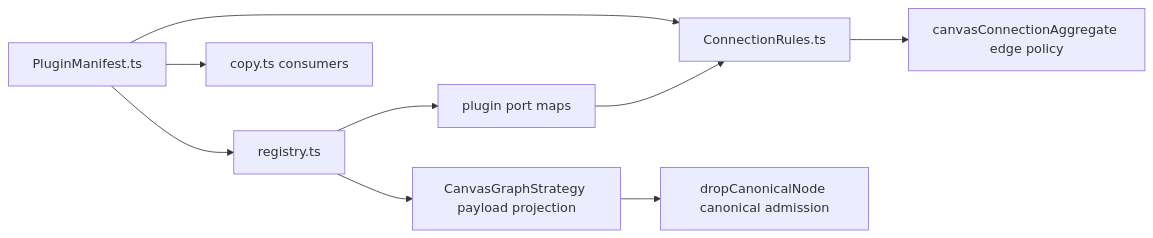
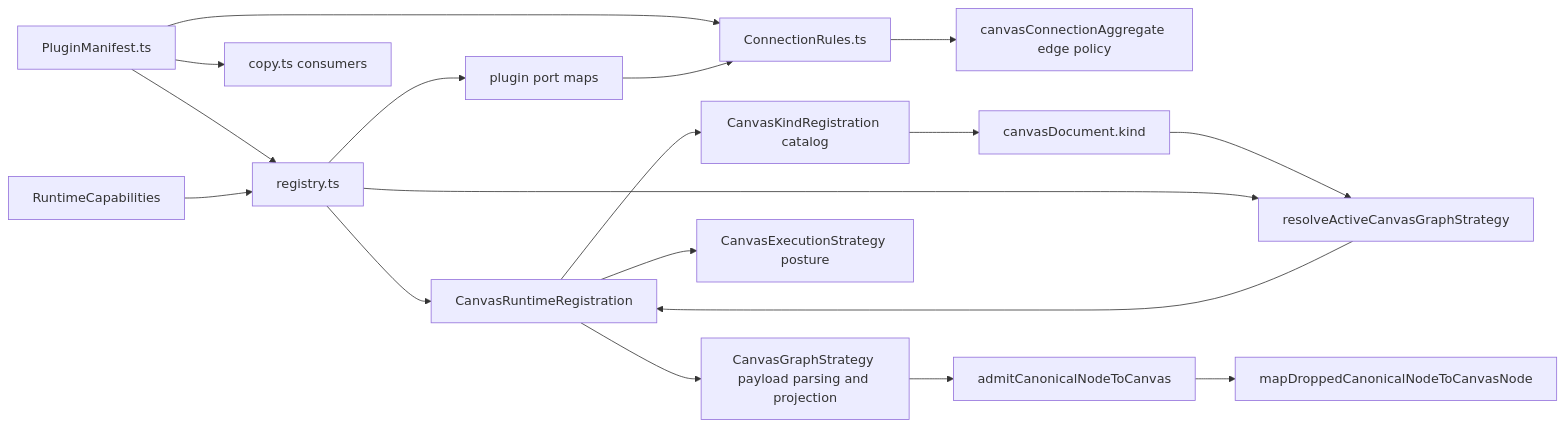
Before and after one commit to dunay2/dvt: the third of 8 diagrams in docs/architecture/components/web/graph/graph-frontend-architecture.md, drawn with Mermaid. The commit also changed other lines of this file and 110 other files, not shown here.

First line of the commit message:
fix(web): Complete Canvas Fowler runtime policy hardening (#1032)

````diff
--- a/docs/architecture/components/web/graph/graph-frontend-architecture.md
+++ b/docs/architecture/components/web/graph/graph-frontend-architecture.md
@@ -170,11 +225,20 @@
 ```mermaid
 flowchart LR
   Manifest["PluginManifest.ts"] --> Registry["registry.ts"]
   Manifest --> Rules["ConnectionRules.ts"]
   Manifest --> Copy["copy.ts consumers"]
+  Capabilities["RuntimeCapabilities"] --> Registry
   Registry --> PortMap["plugin port maps"]
   PortMap --> Rules
   Rules --> CanvasPolicy["canvasConnectionAggregate edge policy"]
-  Registry --> Strategy["CanvasGraphStrategy payload projection"]
-  Strategy --> Drop["dropCanonicalNode canonical admission"]
+  Registry --> Runtime["CanvasRuntimeRegistration"]
+  Runtime --> CanvasKinds["CanvasKindRegistration catalog"]
+  Runtime --> Strategy["CanvasGraphStrategy payload parsing and projection"]
+  Runtime --> Execution["CanvasExecutionStrategy posture"]
+  CanvasKinds --> ActiveDocument["canvasDocument.kind"]
+  ActiveDocument --> StrategyResolver["resolveActiveCanvasGraphStrategy"]
+  Registry --> StrategyResolver
+  StrategyResolver --> Runtime
+  Strategy --> Admission["admitCanonicalNodeToCanvas"]
+  Admission --> ViewportProjection["mapDroppedCanonicalNodeToCanvasNode"]
 ```
````
